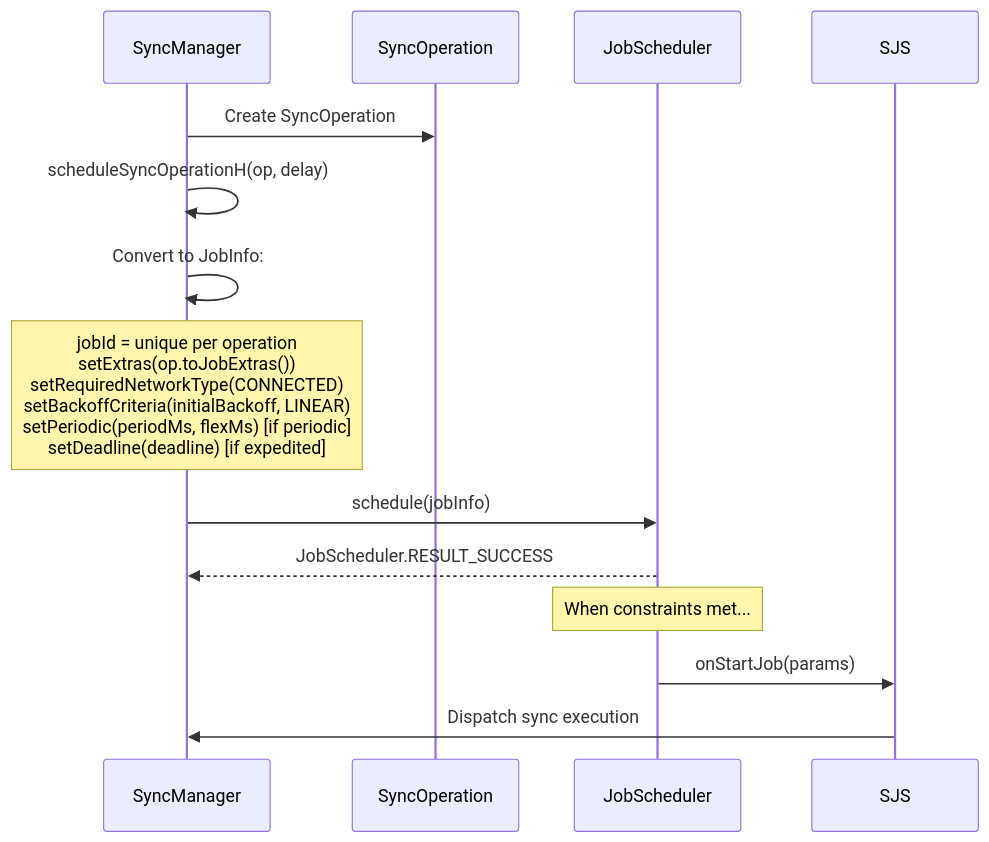
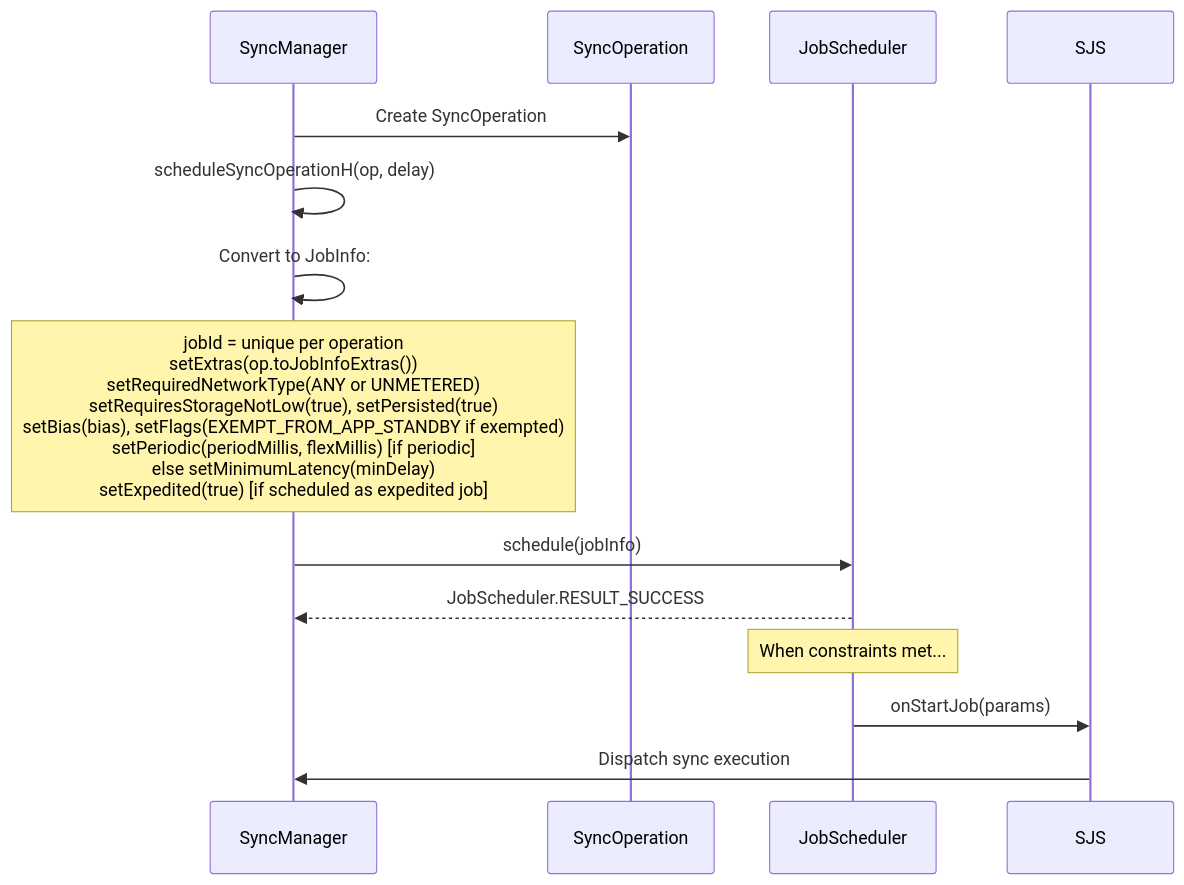
Before and after one commit to aospbooks/aosp-internal-book: the tenth of 17 diagrams in 32-account-sync.md, drawn with Mermaid. The commit also changed other lines of this file and 218 other files, not shown here.

````diff
--- a/32-account-sync.md
+++ b/32-account-sync.md
@@ -1014,17 +1037,17 @@
 ```mermaid
 sequenceDiagram
     participant SM as SyncManager
     participant SO as SyncOperation
     participant JS as JobScheduler
 
     SM->>SO: Create SyncOperation
     SM->>SM: scheduleSyncOperationH(op, delay)
     SM->>SM: Convert to JobInfo:
-    Note over SM: jobId = unique per operation<br/>setExtras(op.toJobExtras())<br/>setRequiredNetworkType(CONNECTED)<br/>setBackoffCriteria(initialBackoff, LINEAR)<br/>setPeriodic(periodMs, flexMs) [if periodic]<br/>setDeadline(deadline) [if expedited]
+    Note over SM: jobId = unique per operation<br/>setExtras(op.toJobInfoExtras())<br/>setRequiredNetworkType(ANY or UNMETERED)<br/>setRequiresStorageNotLow(true), setPersisted(true)<br/>setBias(bias), setFlags(EXEMPT_FROM_APP_STANDBY if exempted)<br/>setPeriodic(periodMillis, flexMillis) [if periodic]<br/>else setMinimumLatency(minDelay)<br/>setExpedited(true) [if scheduled as expedited job]
     SM->>JS: schedule(jobInfo)
     JS-->>SM: JobScheduler.RESULT_SUCCESS
 
     Note over JS: When constraints met...
     JS->>SJS: onStartJob(params)
     SJS->>SM: Dispatch sync execution
 ```
````
